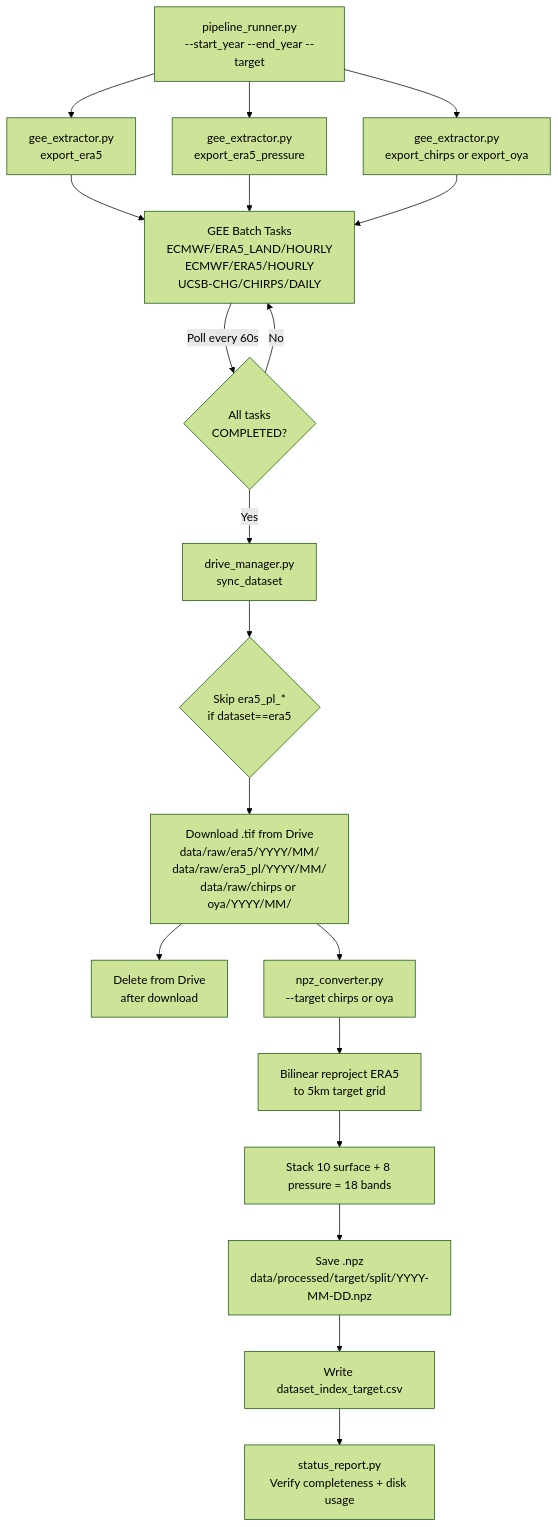
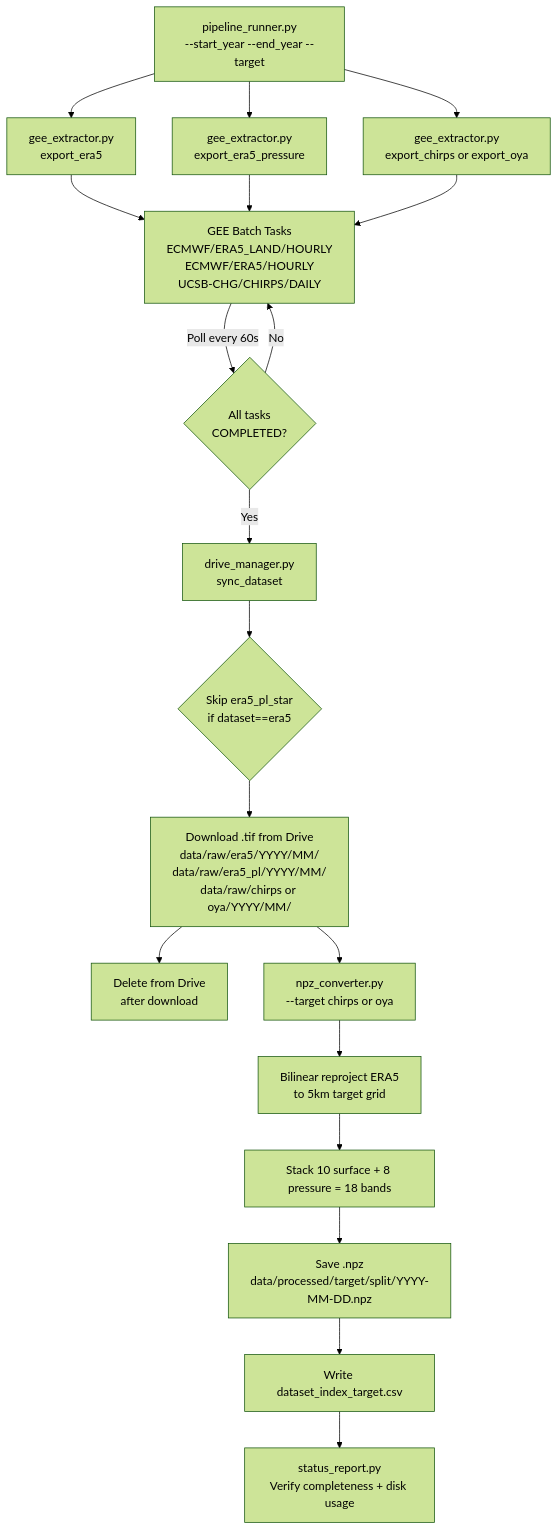
Before and after one commit to robertorojas11/Precipitation: the diagram in docs/step1.md, drawn with Mermaid (forest theme). The commit also changed other lines of this file and 5 other files, not shown here.

````diff
--- a/docs/step1.md
+++ b/docs/step1.md
@@ -559,19 +598,19 @@
 ```mermaid
 flowchart TD
     A[pipeline_runner.py\n--start_year --end_year --target] --> B[gee_extractor.py\nexport_era5]
     A --> C[gee_extractor.py\nexport_era5_pressure]
     A --> D[gee_extractor.py\nexport_chirps or export_oya]
     B & C & D --> E[GEE Batch Tasks\nECMWF/ERA5_LAND/HOURLY\nECMWF/ERA5/HOURLY\nUCSB-CHG/CHIRPS/DAILY]
     E -->|Poll every 60s| F{All tasks\nCOMPLETED?}
     F -->|No| E
     F -->|Yes| G[drive_manager.py\nsync_dataset]
-    G --> G1{Skip era5_pl_*\nif dataset==era5}
+    G --> G1{Skip era5_pl_star\nif dataset==era5}
     G1 --> H[Download .tif from Drive\ndata/raw/era5/YYYY/MM/\ndata/raw/era5_pl/YYYY/MM/\ndata/raw/chirps or oya/YYYY/MM/]
     H --> I[Delete from Drive\nafter download]
     H --> J[npz_converter.py\n--target chirps or oya]
     J --> K[Bilinear reproject ERA5\nto 5km target grid]
     K --> L[Stack 10 surface + 8 pressure = 18 bands]
     L --> M[Save .npz\ndata/processed/target/split/YYYY-MM-DD.npz]
     M --> N[Write dataset_index_target.csv]
     N --> O[status_report.py\nVerify completeness + disk usage]
 ```
````
